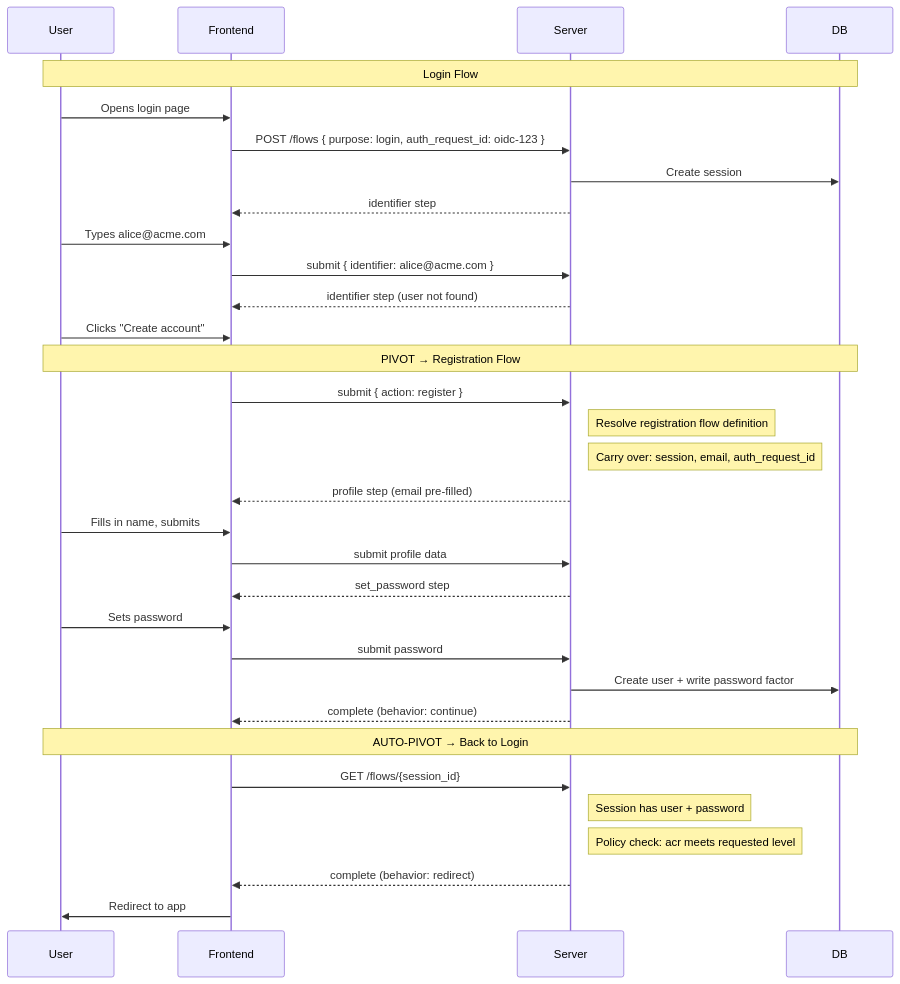
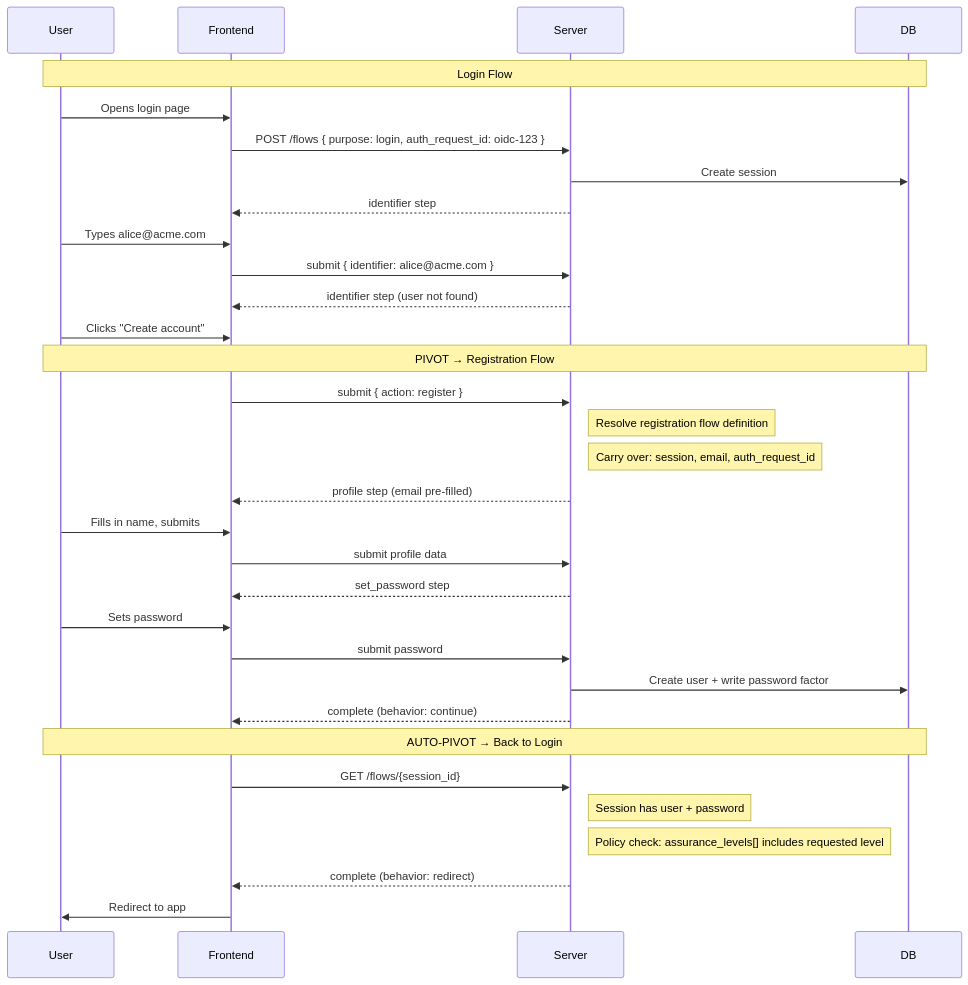
The eighth of 12 diagrams in docs/design/flowengine/flow-engine-guide.md (zitadel/nextgen), drawn with Mermaid before and after one commit. The commit also changed other lines of this file and 19 other files, not shown here.

````diff
--- a/docs/design/flowengine/flow-engine-guide.md
+++ b/docs/design/flowengine/flow-engine-guide.md
@@ -522,37 +522,37 @@
 ```mermaid
 sequenceDiagram
     participant User
     participant Frontend
     participant Server
     participant DB
 
     Note over User,DB: Login Flow
     User->>Frontend: Opens login page
     Frontend->>Server: POST /flows { purpose: login, auth_request_id: oidc-123 }
     Server->>DB: Create session
     Server-->>Frontend: identifier step
     User->>Frontend: Types alice@acme.com
     Frontend->>Server: submit { identifier: alice@acme.com }
     Server-->>Frontend: identifier step (user not found)
     User->>Frontend: Clicks "Create account"
 
     Note over User,DB: PIVOT → Registration Flow
     Frontend->>Server: submit { action: register }
     Note right of Server: Resolve registration flow definition
     Note right of Server: Carry over: session, email, auth_request_id
     Server-->>Frontend: profile step (email pre-filled)
     User->>Frontend: Fills in name, submits
     Frontend->>Server: submit profile data
     Server-->>Frontend: set_password step
     User->>Frontend: Sets password
     Frontend->>Server: submit password
     Server->>DB: Create user + write password factor
     Server-->>Frontend: complete (behavior: continue)
 
     Note over User,DB: AUTO-PIVOT → Back to Login
     Frontend->>Server: GET /flows/{session_id}
     Note right of Server: Session has user + password
-    Note right of Server: Policy check: acr meets requested level
+    Note right of Server: Policy check: assurance_levels[] includes requested level
     Server-->>Frontend: complete (behavior: redirect)
     Frontend->>User: Redirect to app
 ```
````
